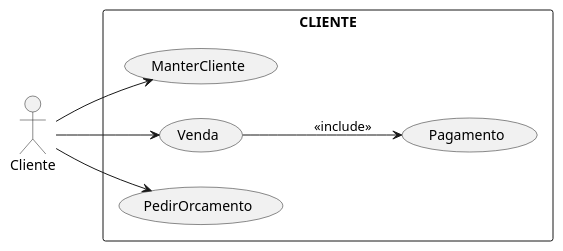
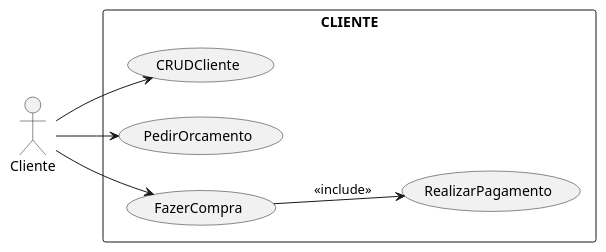
Before and after one commit to jmcardoso18/2025.1-PI-2-Semestre: the diagram in Diagramas/CuCliente.plantuml, drawn with PlantUML. The commit also changed 2 other files, not shown here.

Commit message:
Atualizacao dos diagramas de caso e uso

```diff
--- a/Diagramas/CuCliente.plantuml
+++ b/Diagramas/CuCliente.plantuml
@@ -1,17 +1,17 @@
 @startuml
 left to right direction
 
 actor "Cliente" as Cliente
 
 rectangle "CLIENTE"{
-    usecase "ManterCliente" as UC1
-    usecase "Venda" as UC8
+    usecase "CRUDCliente" as UC1
     usecase "PedirOrcamento" as UC3
-    usecase "Pagamento" as UC7
+    usecase "FazerCompra" as UC8
+    usecase "RealizarPagamento" as UC7
 }
 Cliente --> UC3
 Cliente --> UC1
-Cliente --> UC8 
+Cliente --> UC8
 UC8 --> UC7:<<include>>
 
 @enduml
```
